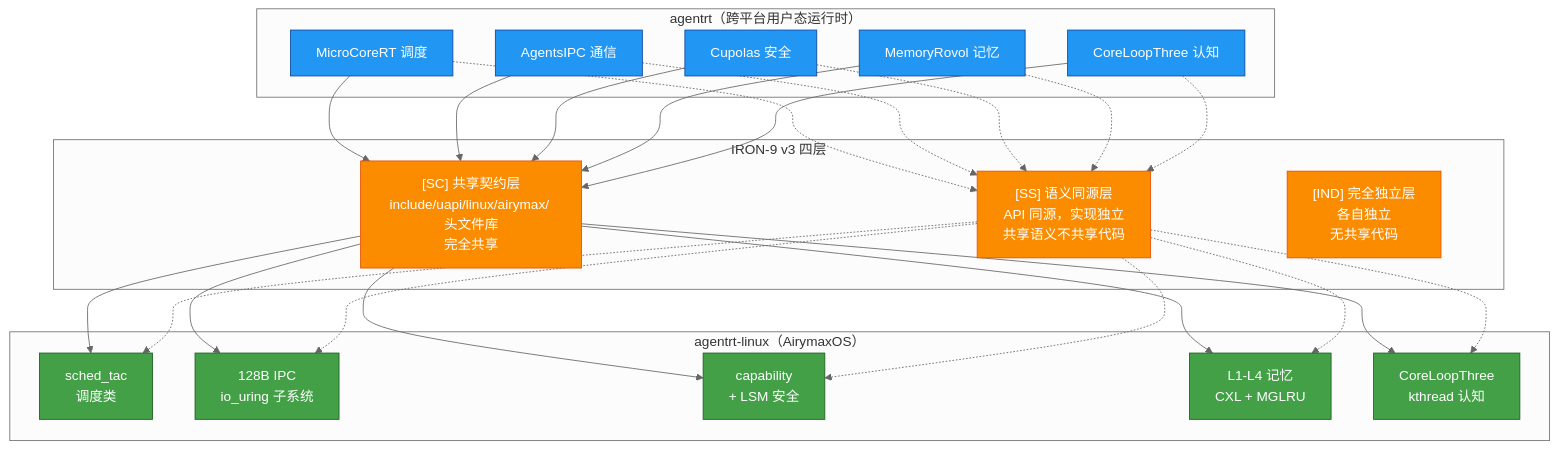
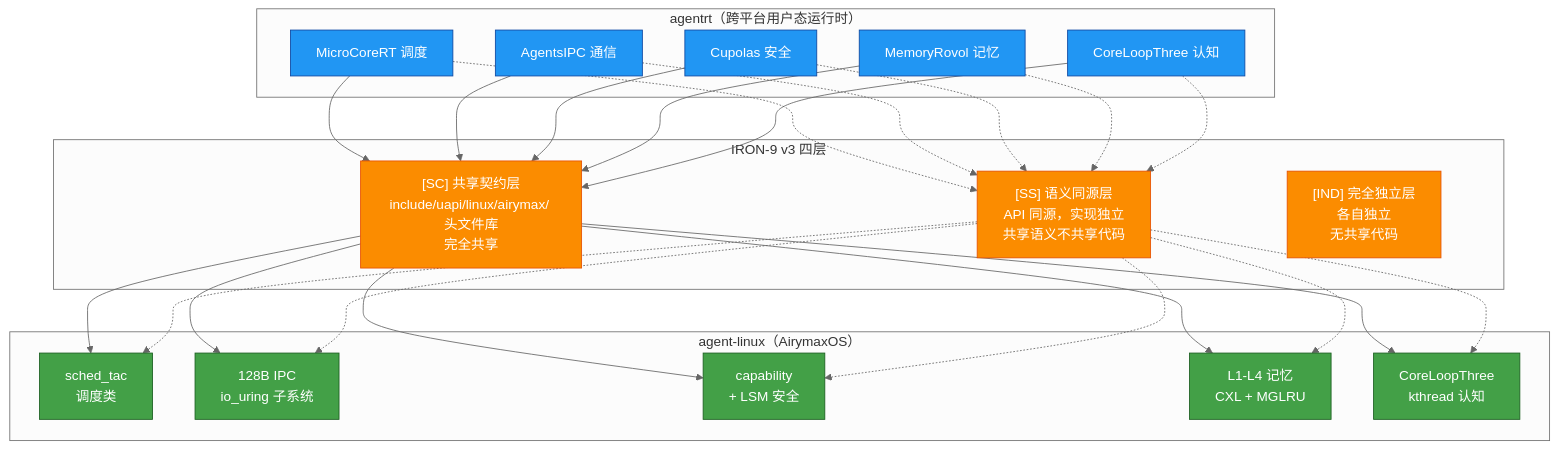
The second of 3 diagrams in 50-engineering-standards/40-integration/README.md (openairymax/docs-linux), drawn with Mermaid (neutral theme) before and after one commit. The commit also changed other lines of this file and 172 other files, not shown here.

Commit message:
docs: rename agentrt-linux to agent-linux across docs v0.1.3 双工程结构：agentrt-linux 改名 agent-linux。docs 全仓 186 个 文件中的 agentrt-linux 引用统一为 agent-linux（AirymaxOS 工程名/ URL/路径引用；commit hash 与历史不变）。

````diff
--- a/50-engineering-standards/40-integration/README.md
+++ b/50-engineering-standards/40-integration/README.md
@@ -117,55 +117,55 @@
 ```mermaid
 graph TD
     subgraph "agentrt（跨平台用户态运行时）"
         RT1[MicroCoreRT 调度]
         RT2[AgentsIPC 通信]
         RT3[Cupolas 安全]
         RT4[MemoryRovol 记忆]
         RT5[CoreLoopThree 认知]
     end
 
     subgraph "IRON-9 v3 四层"
         SC["[SC] 共享契约层<br/>include/uapi/linux/airymax/ 头文件库<br/>完全共享"]
         SS["[SS] 语义同源层<br/>API 同源，实现独立<br/>共享语义不共享代码"]
         IND["[IND] 完全独立层<br/>各自独立<br/>无共享代码"]
     end
 
-    subgraph "agentrt-linux（AirymaxOS）"
+    subgraph "agent-linux（AirymaxOS）"
         OS1["sched_tac<br/>调度类"]
         OS2["128B IPC<br/>io_uring 子系统"]
         OS3["capability<br/>+ LSM 安全"]
         OS4["L1-L4 记忆<br/>CXL + MGLRU"]
         OS5["CoreLoopThree<br/>kthread 认知"]
     end
 
     RT1 --> SC
     RT2 --> SC
     RT3 --> SC
     RT4 --> SC
     RT5 --> SC
 
     SC --> OS1
     SC --> OS2
     SC --> OS3
     SC --> OS4
     SC --> OS5
 
     RT1 -.-> SS
     SS -.-> OS1
     RT2 -.-> SS
     SS -.-> OS2
     RT3 -.-> SS
     SS -.-> OS3
     RT4 -.-> SS
     SS -.-> OS4
     RT5 -.-> SS
     SS -.-> OS5
 
     classDef rt fill:#2196f3,stroke:#0d47a1,color:#ffffff
     classDef iron fill:#fb8c00,stroke:#e65100,color:#ffffff
     classDef os fill:#43a047,stroke:#1b5e20,color:#ffffff
 
     class RT1,RT2,RT3,RT4,RT5 rt
     class SC,SS,IND iron
     class OS1,OS2,OS3,OS4,OS5 os
 ```
````
